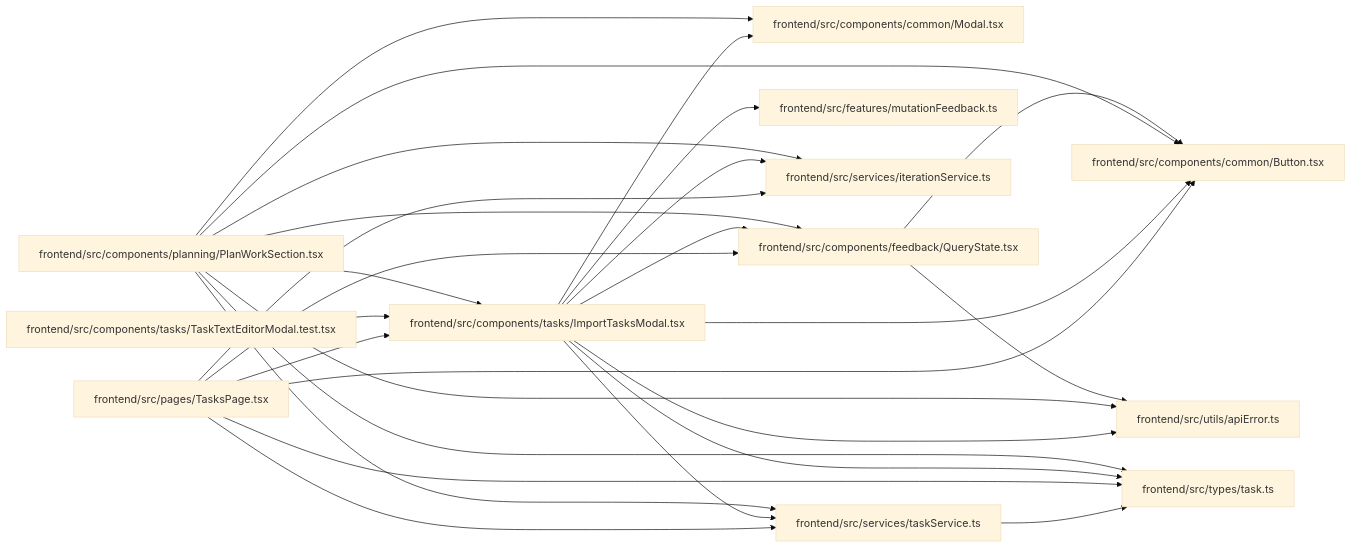
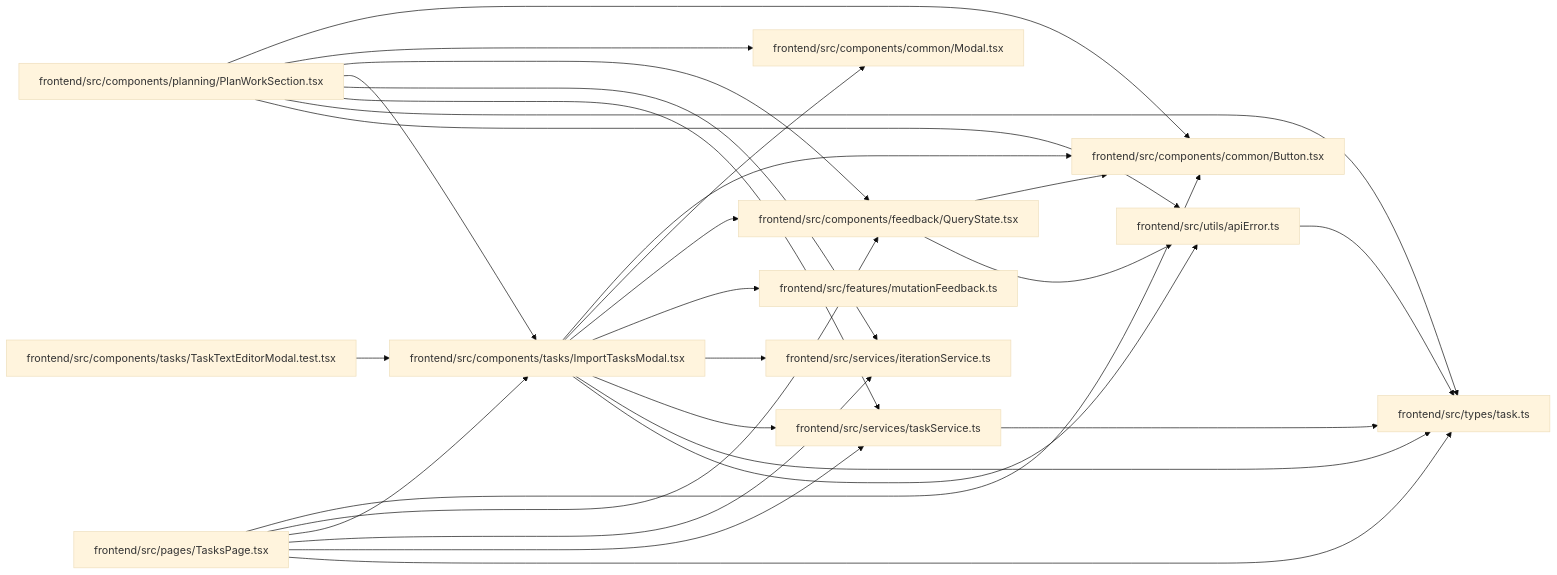
One commit to Denissvgn/WorkChord changed the diagram in docs/llm_wiki/modules/ImportTasksModal.md. Above: the diagram before and after it, drawn with Mermaid (base theme). The commit also changed 733 other files, not shown here.

Commit message:
Sync the architectural wiki for refusal next steps

````diff
--- a/docs/llm_wiki/modules/ImportTasksModal.md
+++ b/docs/llm_wiki/modules/ImportTasksModal.md
@@ -40,53 +40,54 @@
 ```mermaid
 flowchart LR
     n0["frontend/src/components/common/Button.tsx"]
     n1["frontend/src/components/common/Modal.tsx"]
     n2["frontend/src/components/feedback/QueryState.tsx"]
     n3["frontend/src/components/planning/PlanWorkSection.tsx"]
     n4["frontend/src/components/tasks/ImportTasksModal.tsx"]
     n5["frontend/src/components/tasks/TaskTextEditorModal.test.tsx"]
     n6["frontend/src/features/mutationFeedback.ts"]
     n7["frontend/src/pages/TasksPage.tsx"]
     n8["frontend/src/services/iterationService.ts"]
     n9["frontend/src/services/taskService.ts"]
     n10["frontend/src/types/task.ts"]
     n11["frontend/src/utils/apiError.ts"]
     n2 --> n0
     n2 --> n11
     n3 --> n0
     n3 --> n1
     n3 --> n2
     n3 --> n4
     n3 --> n8
     n3 --> n9
     n3 --> n10
     n3 --> n11
     n4 --> n0
     n4 --> n1
     n4 --> n2
     n4 --> n6
     n4 --> n8
     n4 --> n9
     n4 --> n10
     n4 --> n11
     n5 --> n4
     n7 --> n0
     n7 --> n2
     n7 --> n4
     n7 --> n8
     n7 --> n9
     n7 --> n10
     n9 --> n10
+    n11 --> n10
     click n0 "../modules/Button.md"
     click n1 "../modules/Modal.md"
     click n2 "../modules/QueryState.md"
     click n3 "../modules/PlanWorkSection.md"
     click n4 "../modules/ImportTasksModal.md"
     click n5 "../modules/TaskTextEditorModal.test.md"
     click n6 "../modules/mutationFeedback.md"
     click n7 "../modules/TasksPage.md"
     click n8 "../modules/iterationService.md"
     click n9 "../modules/taskService.md"
     click n10 "../modules/types_task.md"
     click n11 "../modules/apiError.md"
 ```
````
